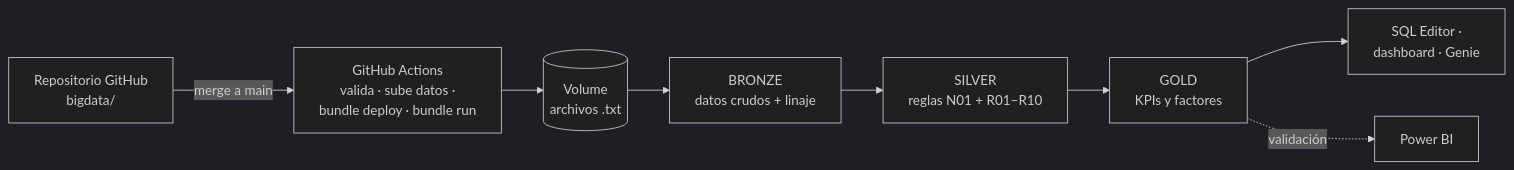
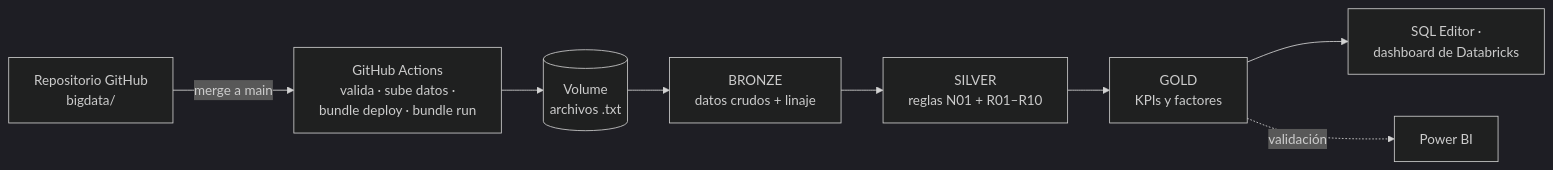
Before and after one commit to AlexAmancio/proyecto-bi-bigdata: the second of 3 diagrams in README.md, drawn with Mermaid (dark theme). The commit also changed other lines of this file and 14 other files, not shown here.

````diff
--- a/README.md
+++ b/README.md
@@ -153,10 +153,10 @@
 ```mermaid
 flowchart LR
     R[Repositorio GitHub<br/>bigdata/] -- merge a main --> GA[GitHub Actions<br/>valida · sube datos ·<br/>bundle deploy · bundle run]
     GA --> V[(Volume<br/>archivos .txt)]
     V --> B[BRONZE<br/>datos crudos + linaje]
     B --> S[SILVER<br/>reglas N01 + R01–R10]
     S --> G[GOLD<br/>KPIs y factores]
-    G --> C[SQL Editor ·<br/>dashboard · Genie]
+    G --> C[SQL Editor ·<br/>dashboard de Databricks]
     G -. validación .-> PBI[Power BI]
 ```
````
